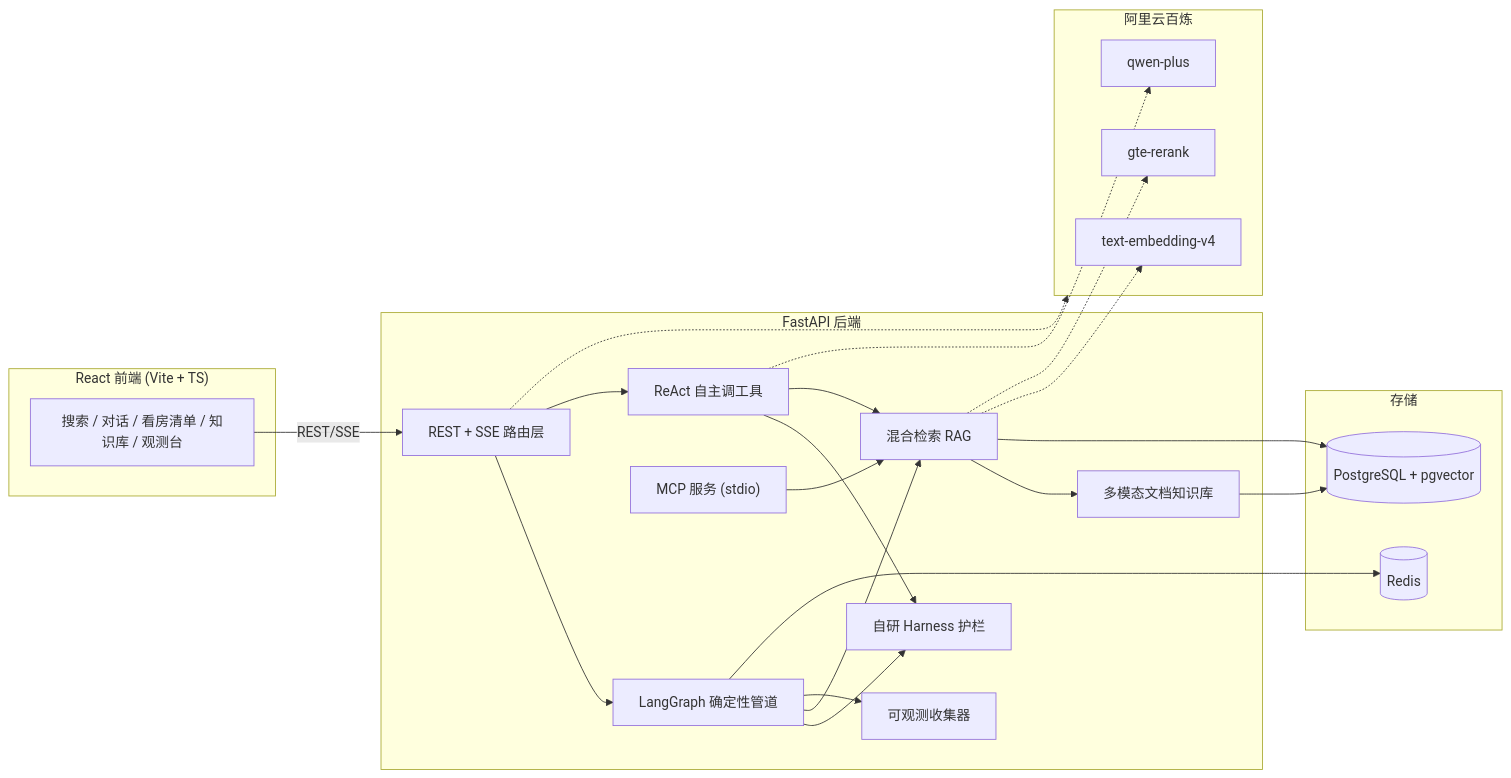
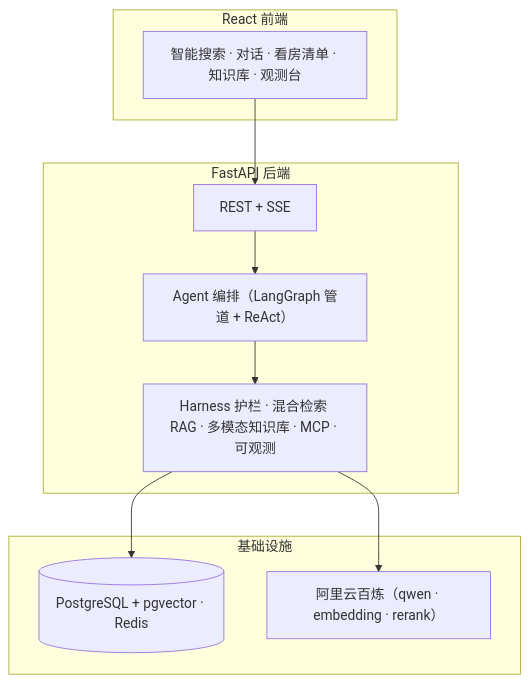
The diagram in README.md (zcy-hhh/rentai), drawn with Mermaid before and after one commit. The commit also changed other lines of this file, not shown here.

Commit message:
docs: 精简 README 架构图为分层式、修正文档链接

````diff
--- a/README.md
+++ b/README.md
@@ -35,46 +35,20 @@
 ```mermaid
-flowchart LR
-    subgraph FE["React 前端 (Vite + TS)"]
-        UI["搜索 / 对话 / 看房清单 / 知识库 / 观测台"]
+flowchart TB
+    subgraph FE["React 前端"]
+        UI["智能搜索 · 对话 · 看房清单 · 知识库 · 观测台"]
     end
-
     subgraph BE["FastAPI 后端"]
-        API["REST + SSE 路由层"]
-        AG["LangGraph 确定性管道"]
-        RC["ReAct 自主调工具"]
-        HR["自研 Harness 护栏"]
-        RAG["混合检索 RAG"]
-        DOC["多模态文档知识库"]
-        OBS["可观测收集器"]
-        MCP["MCP 服务 (stdio)"]
+        API["REST + SSE"]
+        CORE["Agent 编排（LangGraph 管道 + ReAct）"]
+        OPS["Harness 护栏 · 混合检索 RAG · 多模态知识库 · MCP · 可观测"]
     end
-
-    subgraph STORE["存储"]
-        PG[("PostgreSQL + pgvector")]
-        RD[("Redis")]
+    subgraph BASE["基础设施"]
+        STORE[("PostgreSQL + pgvector · Redis")]
+        LLM["阿里云百炼（qwen · embedding · rerank）"]
     end
-
-    subgraph LLM["阿里云百炼"]
-        QW["qwen-plus"]
-        EMB["text-embedding-v4"]
-        RANK["gte-rerank"]
-    end
-
-    UI -->|REST/SSE| API
-    API --> AG
-    API --> RC
-    AG --> HR
-    RC --> HR
-    RC --> RAG
-    AG --> RAG
-    RAG --> DOC
-    AG --> OBS
-    MCP --> RAG
-    RAG --> PG
-    DOC --> PG
-    AG --> RD
-    API -.-> LLM
-    RAG -.-> EMB
-    RC -.-> QW
-    RAG -.-> RANK
+    UI --> API
+    API --> CORE
+    CORE --> OPS
+    OPS --> STORE
+    OPS --> LLM
 ```
````
